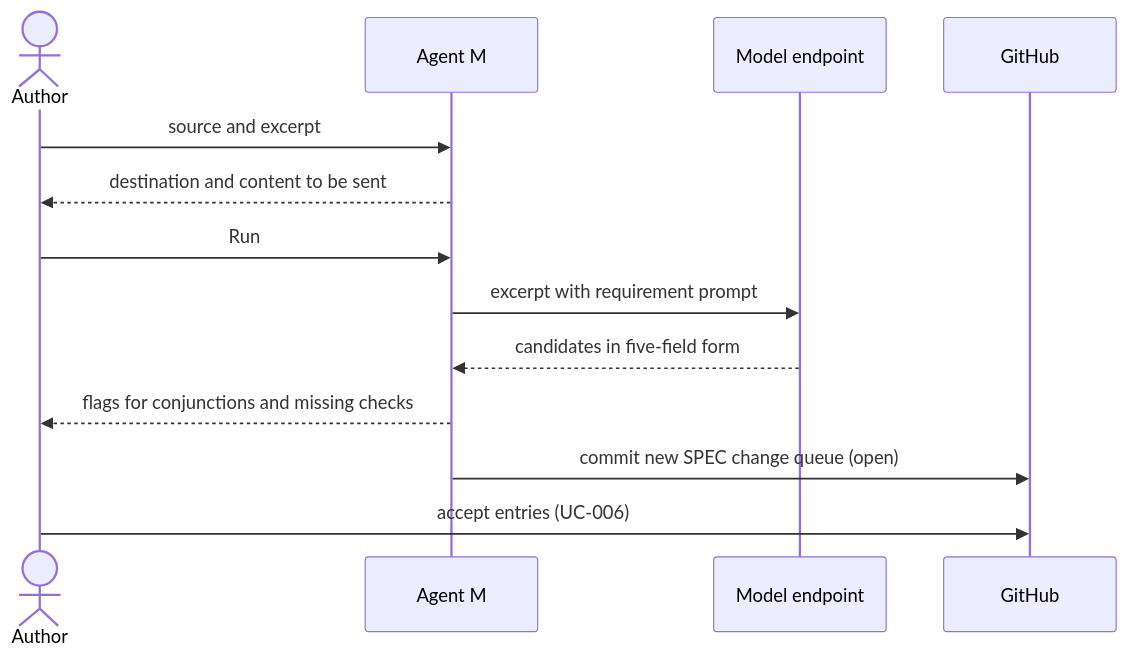
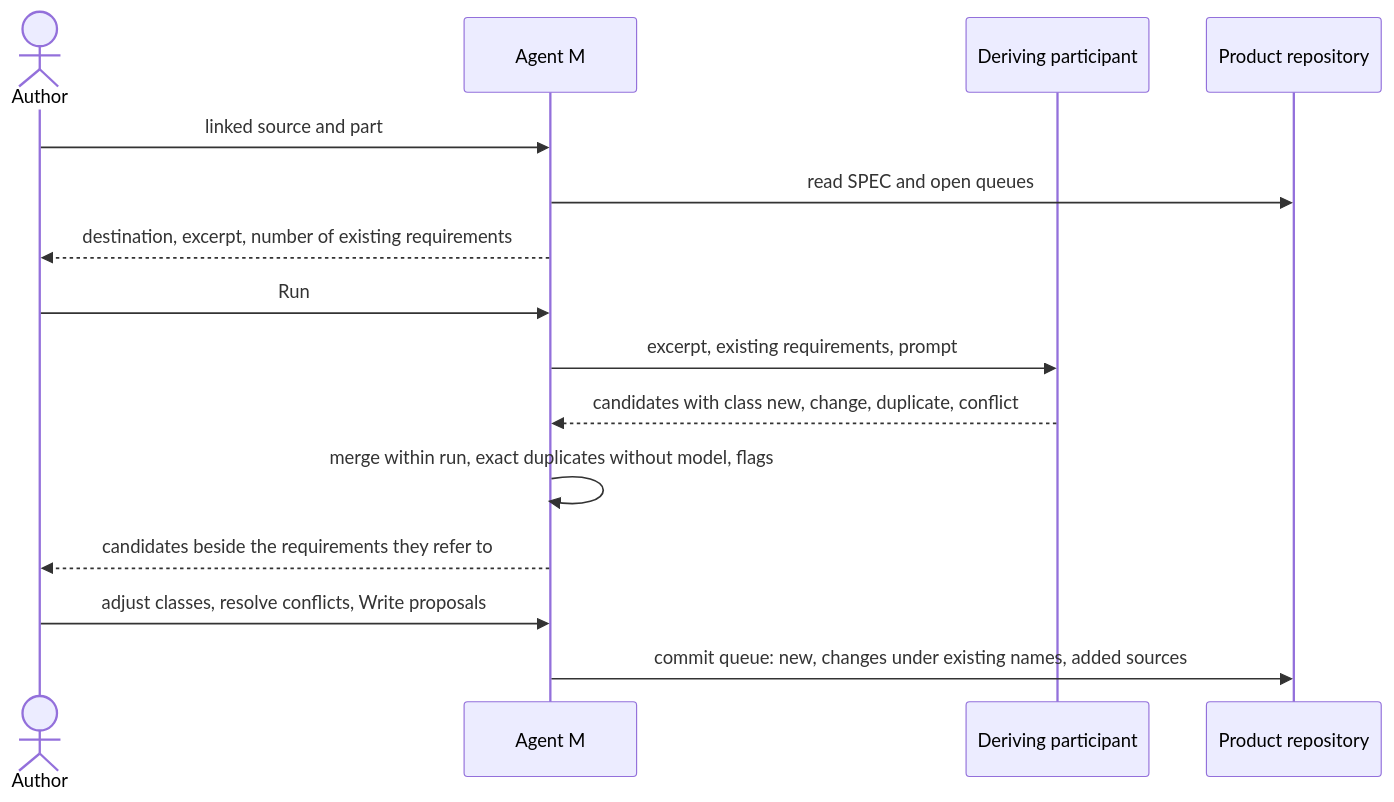
Before and after one commit to akmaier/agent-m: the diagram in docs/use-cases/UC-005-derive-requirements-from-a-source.md, drawn with Mermaid. The commit also changed other lines of this file, not shown here.

First line of the commit message:
docs(use-cases): UC-005 derives against the existing requirements, with a deduplication pass

````diff
--- a/docs/use-cases/UC-005-derive-requirements-from-a-source.md
+++ b/docs/use-cases/UC-005-derive-requirements-from-a-source.md
@@ -54,15 +88,17 @@
 ```mermaid
 sequenceDiagram
     actor A as Author
     participant M as Agent M
-    participant E as Model endpoint
-    participant G as GitHub
-    A->>M: source and excerpt
-    M-->>A: destination and content to be sent
+    participant E as Deriving participant
+    participant G as Product repository
+    A->>M: linked source and part
+    M->>G: read SPEC and open queues
+    M-->>A: destination, excerpt, number of existing requirements
     A->>M: Run
-    M->>E: excerpt with requirement prompt
-    E-->>M: candidates in five-field form
-    M-->>A: flags for conjunctions and missing checks
-    M->>G: commit new SPEC change queue (open)
-    A->>G: accept entries (UC-006)
+    M->>E: excerpt, existing requirements, prompt
+    E-->>M: candidates with class new, change, duplicate, conflict
+    M->>M: merge within run, exact duplicates without model, flags
+    M-->>A: candidates beside the requirements they refer to
+    A->>M: adjust classes, resolve conflicts, Write proposals
+    M->>G: commit queue: new, changes under existing names, added sources
 ```
````
